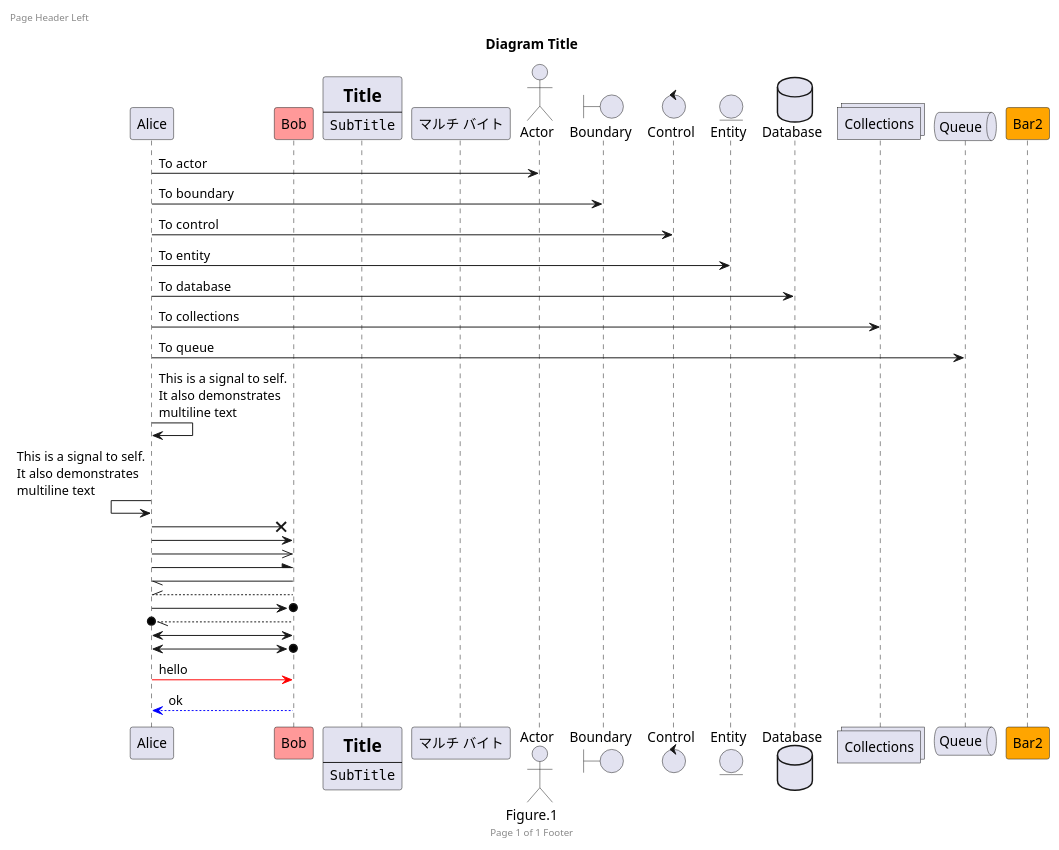
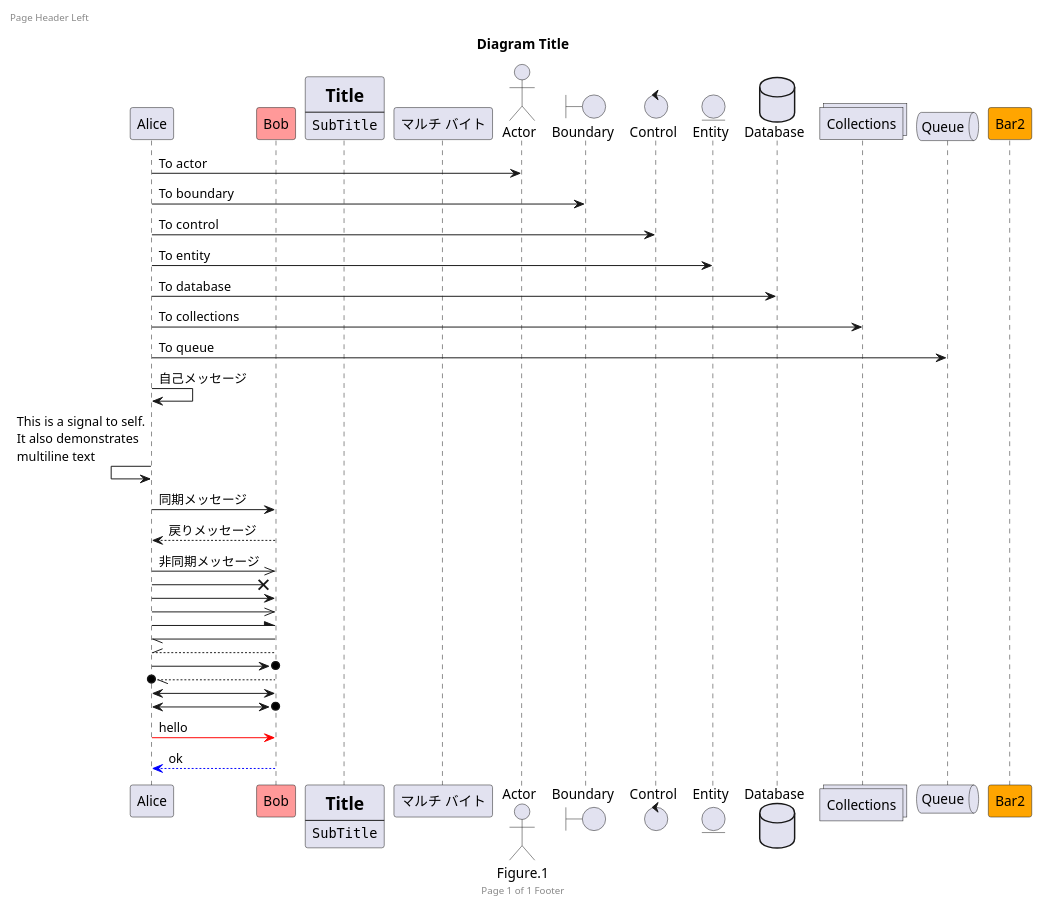
The diagram in uml/10-000-シーケンス図.plantuml (yzkn/PlantUML-CheatSheet), drawn with PlantUML before and after one commit.

```diff
--- a/uml/10-000-シーケンス図.plantuml
+++ b/uml/10-000-シーケンス図.plantuml
@@ -1,54 +1,58 @@
 @startuml
 
 'header Page Header
 left header Page Header Left
 
 footer Page %page% of %lastpage% Footer
 
 title Diagram Title
 
 caption Figure.1
 
 participant Alice as Foo
 participant Bob as Bar #FF9999    /' 背景色 '/
 participant Bar2 order 99 #orange /' 順番変更 '/
 participant Multiline [           /' 複数行 '/
     =Title
     ----
     ""SubTitle""
 ]
 participant "マルチ バイト"
 
 actor       Actor       as Foo1
 boundary    Boundary    as Foo2
 control     Control     as Foo3
 entity      Entity      as Foo4
 database    Database    as Foo5
 collections Collections as Foo6
 queue       Queue       as Foo7
 
 Foo -> Foo1 : To actor
 Foo -> Foo2 : To boundary
 Foo -> Foo3 : To control
 Foo -> Foo4 : To entity
 Foo -> Foo5 : To database
 Foo -> Foo6 : To collections
 Foo -> Foo7 : To queue
 
-Foo -> Foo : This is a signal to self.\nIt also demonstrates\nmultiline text
+Foo -> Foo : 自己メッセージ
 Foo <- Foo : This is a signal to self.\nIt also demonstrates\nmultiline text
+
+Foo -> Bar  : 同期メッセージ
+Foo <-- Bar : 戻りメッセージ
+Foo ->> Bar : 非同期メッセージ
 
 Foo ->x Bar
 Foo -> Bar
 Foo ->> Bar
 Foo -\ Bar
 Foo \\- Bar
 Foo //-- Bar
 Foo ->o Bar
 Foo o\\-- Bar
 Foo <-> Bar
 Foo <->o Bar
 Foo -[#red]> Bar : hello
 Bar -[#0000FF]-> Foo : ok
 
 @enduml
```
